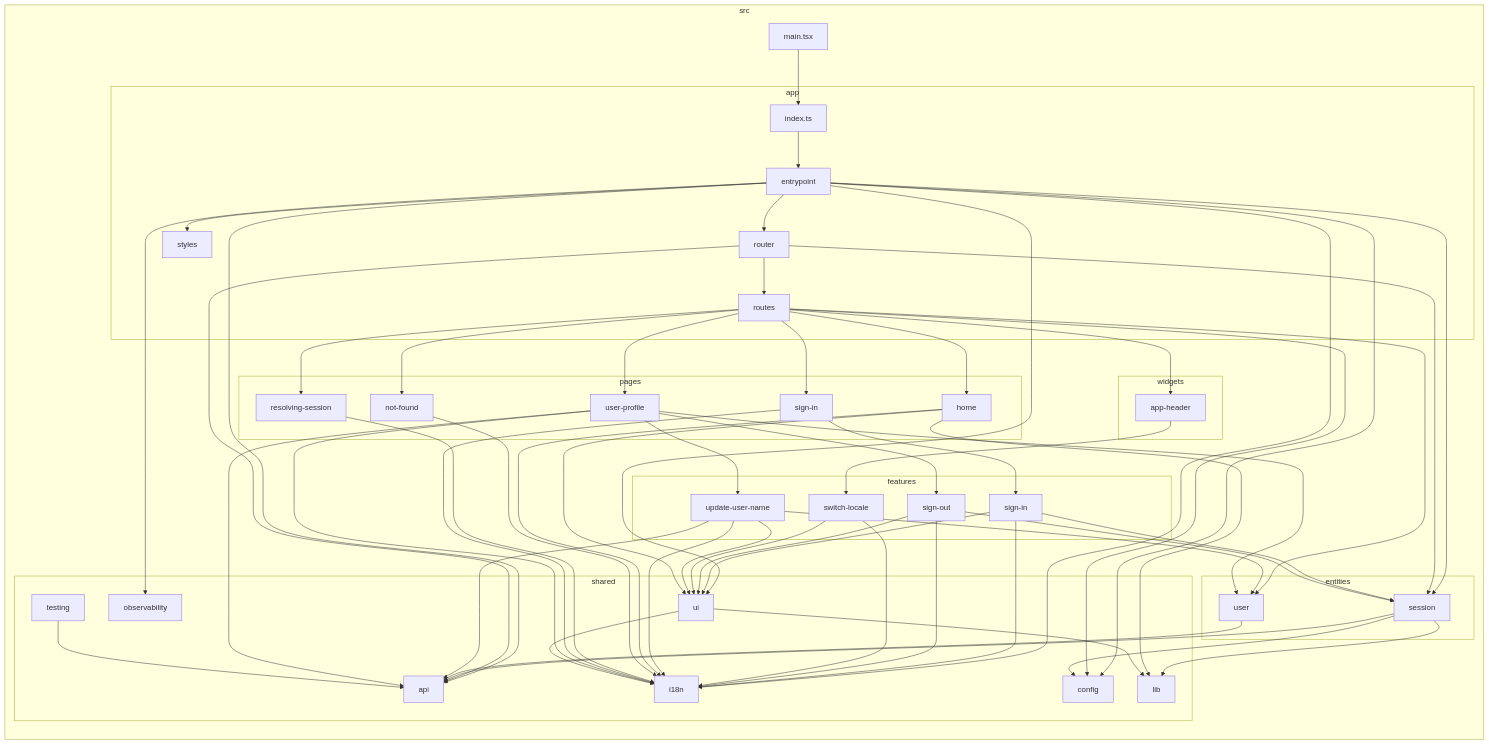
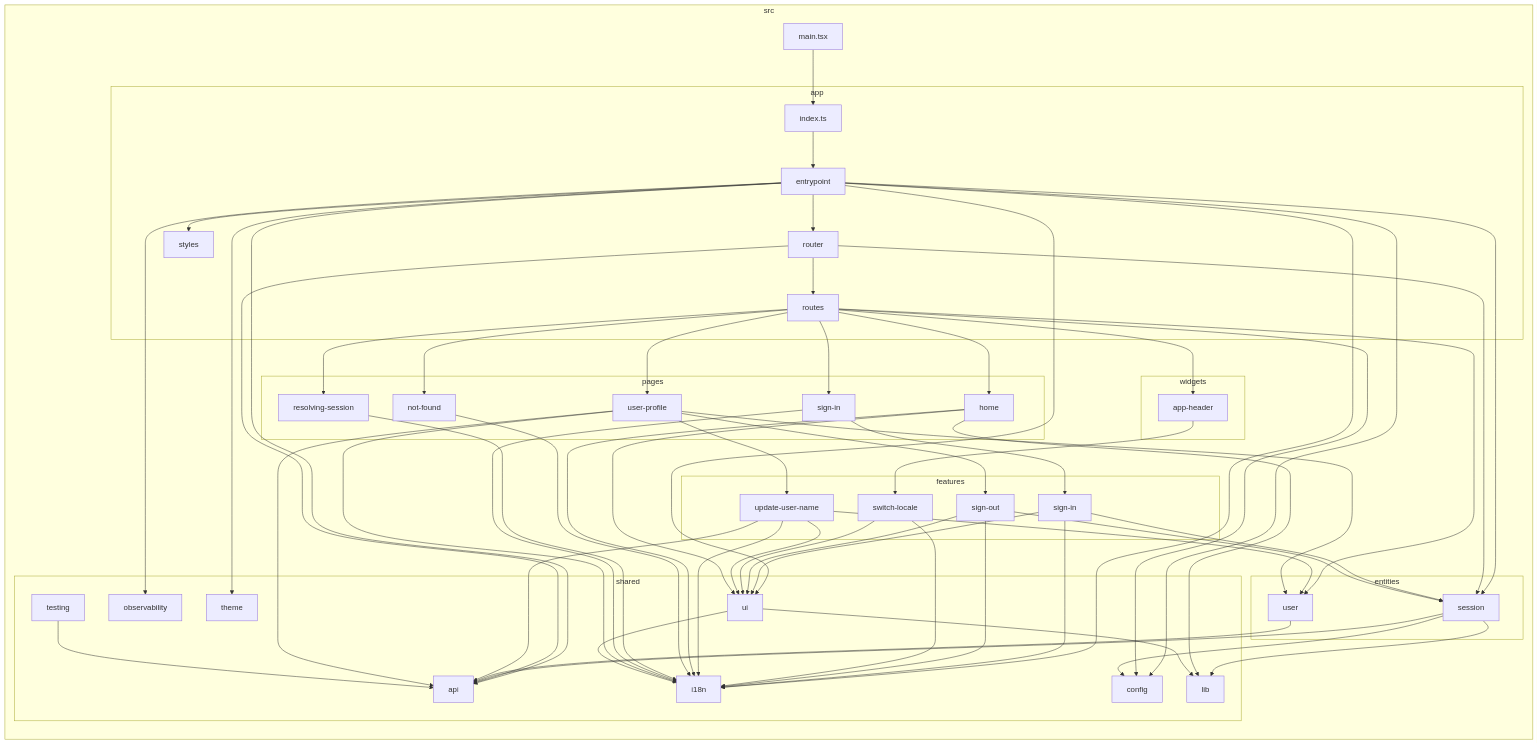
The diagram in docs/architecture-graph.md (khusenov/frontend-boilerplate), drawn with Mermaid before and after one commit. The commit also changed 36 other files, not shown here.

````diff
--- a/docs/architecture-graph.md
+++ b/docs/architecture-graph.md
@@ -34,17 +34,19 @@
 Q["lib"]
 R["observability"]
 S["testing"]
-T["ui"]
+T["theme"]
+U["ui"]
 end
-subgraph U["widgets"]
-V["app-header"]
+subgraph V["widgets"]
+W["app-header"]
 end
 end
-2-->T
+2-->U
 2-->R
 2-->8
 2-->N
 2-->P
+2-->T
 2-->4
 2-->6
 2-->O
@@ -54,7 +56,7 @@
 4-->5
 5-->I
 5-->O
-5-->V
+5-->W
 5-->J
 5-->9
 5-->L
@@ -66,20 +68,20 @@
 9-->N
 B-->P
 B-->8
-B-->T
+B-->U
 C-->8
 C-->P
-C-->T
+C-->U
 D-->P
-D-->T
+D-->U
 E-->9
 E-->N
 E-->P
-E-->T
+E-->U
 F-->3
 H-->P
 H-->Q
-H-->T
+H-->U
 I-->P
 J-->P
 K-->B
@@ -90,7 +92,7 @@
 L-->9
 L-->N
 S-->N
-T-->Q
-T-->P
-V-->D
+U-->Q
+U-->P
+W-->D
 ```
````
